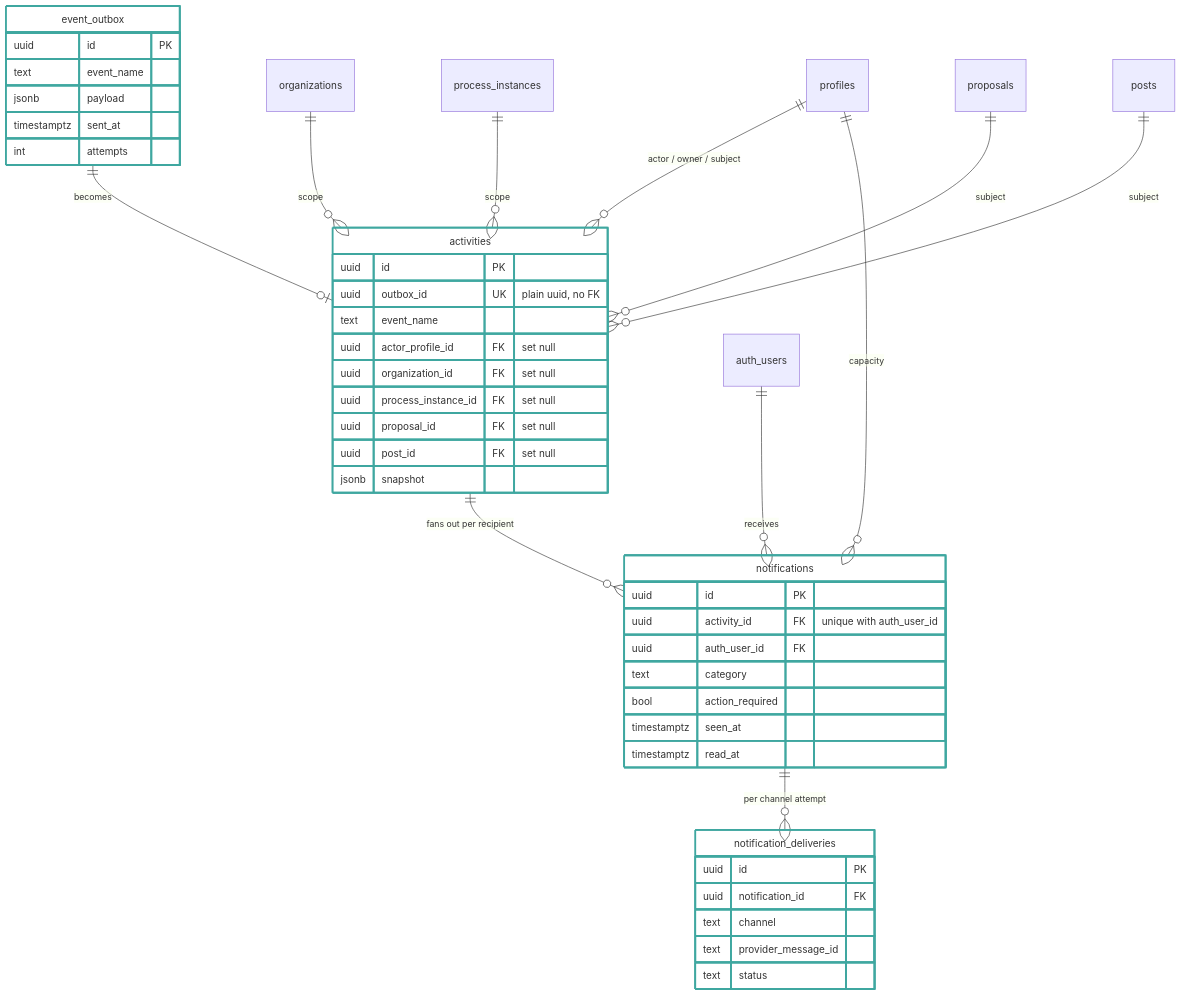
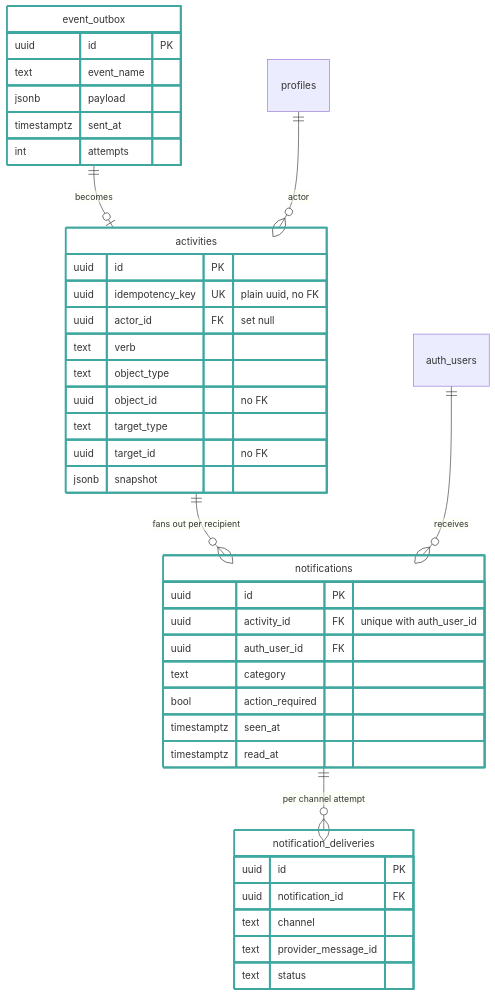
The first of 2 diagrams in docs/adr/0023-store-notifications-behind-a-transactional-outbox.md (oneprojectorg/common), drawn with Mermaid before and after one commit. The commit also changed other lines of this file and 4 other files, not shown here.

First line of the commit message:
refactor(db): shape activities as actor, verb, object, target

````diff
--- a/docs/adr/0023-store-notifications-behind-a-transactional-outbox.md
+++ b/docs/adr/0023-store-notifications-behind-a-transactional-outbox.md
@@ -57,51 +61,46 @@
 ```mermaid
 erDiagram
   event_outbox {
     uuid id PK
     text event_name
     jsonb payload
     timestamptz sent_at
     int attempts
   }
   activities {
     uuid id PK
-    uuid outbox_id UK "plain uuid, no FK"
-    text event_name
-    uuid actor_profile_id FK "set null"
-    uuid organization_id FK "set null"
-    uuid process_instance_id FK "set null"
-    uuid proposal_id FK "set null"
-    uuid post_id FK "set null"
+    uuid idempotency_key UK "plain uuid, no FK"
+    uuid actor_id FK "set null"
+    text verb
+    text object_type
+    uuid object_id "no FK"
+    text target_type
+    uuid target_id "no FK"
     jsonb snapshot
   }
   notifications {
     uuid id PK
     uuid activity_id FK "unique with auth_user_id"
     uuid auth_user_id FK
     text category
     bool action_required
     timestamptz seen_at
     timestamptz read_at
   }
   notification_deliveries {
     uuid id PK
     uuid notification_id FK
     text channel
     text provider_message_id
     text status
   }
 
   event_outbox ||--o| activities : becomes
   activities ||--o{ notifications : "fans out per recipient"
   notifications ||--o{ notification_deliveries : "per channel attempt"
-  profiles ||--o{ activities : "actor / owner / subject"
-  organizations ||--o{ activities : scope
-  process_instances ||--o{ activities : scope
-  proposals ||--o{ activities : subject
-  posts ||--o{ activities : subject
+  profiles ||--o{ activities : actor
   auth_users ||--o{ notifications : receives
-  profiles ||--o{ notifications : capacity
 
   classDef newTable fill:none,stroke:#3FA7A0,stroke-width:3px
   class event_outbox,activities,notifications,notification_deliveries newTable
 ```
````
